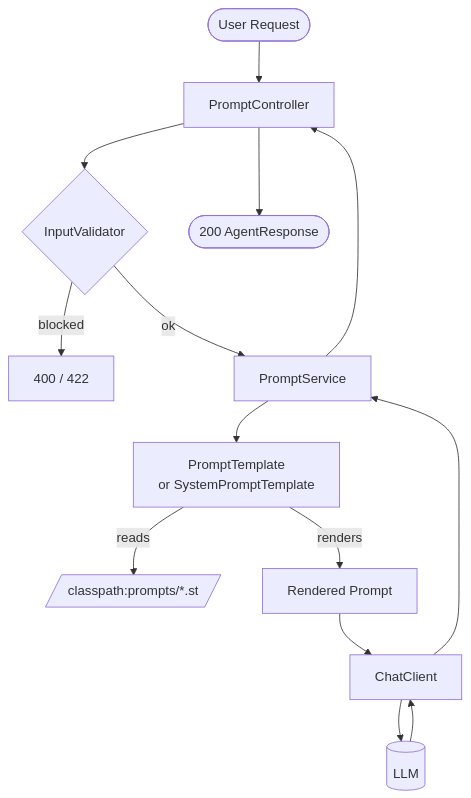
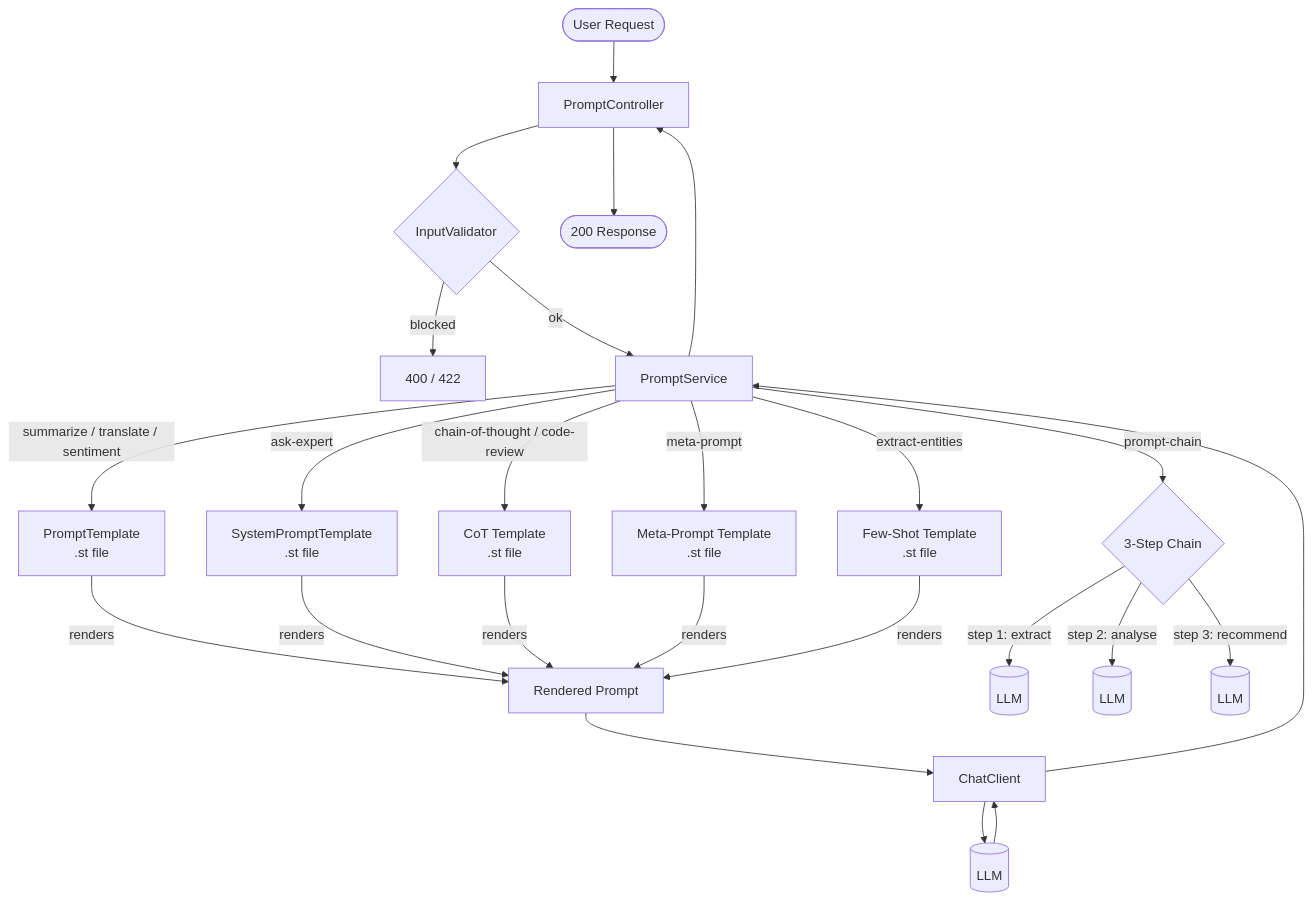
One commit to kimhongzhang323/spring-ai-agents-tutorial changed the first of 2 diagrams in 02-prompt-engineering/README.md. Above: the diagram before and after it, drawn with Mermaid. The commit also changed other lines of this file and 13 other files, not shown here.

````diff
--- a/02-prompt-engineering/README.md
+++ b/02-prompt-engineering/README.md
@@ -23,16 +23,26 @@
 ```mermaid
 flowchart TD
     U([User Request]) --> C[PromptController]
     C --> V{InputValidator}
     V -->|blocked| E[400 / 422]
     V -->|ok| S[PromptService]
-    S --> PT[PromptTemplate\nor SystemPromptTemplate]
-    PT -->|reads| R[/classpath:prompts/*.st/]
-    PT -->|renders| P[Rendered Prompt]
+
+    S -->|summarize / translate / sentiment| PT[PromptTemplate\n.st file]
+    S -->|ask-expert| SPT[SystemPromptTemplate\n.st file]
+    S -->|chain-of-thought / code-review| COT[CoT Template\n.st file]
+    S -->|meta-prompt| META[Meta-Prompt Template\n.st file]
+    S -->|extract-entities| FS[Few-Shot Template\n.st file]
+    S -->|prompt-chain| CH{3-Step Chain}
+
+    PT & SPT & COT & META & FS -->|renders| P[Rendered Prompt]
+    CH -->|step 1: extract| LLM1[(LLM)]
+    CH -->|step 2: analyse| LLM2[(LLM)]
+    CH -->|step 3: recommend| LLM3[(LLM)]
+
     P --> CC[ChatClient]
     CC --> LLM[(LLM)]
     LLM --> CC
     CC --> S
     S --> C
-    C --> RES([200 AgentResponse])
+    C --> RES([200 Response])
 ```
````
